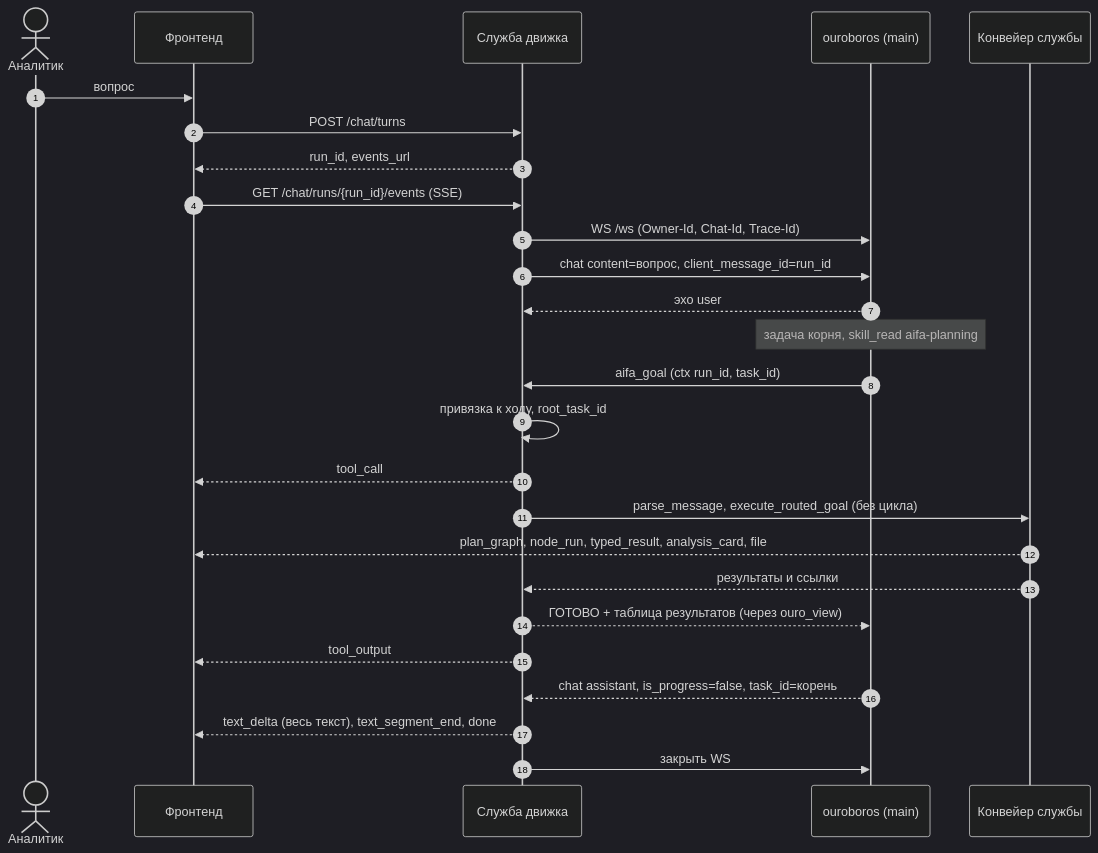
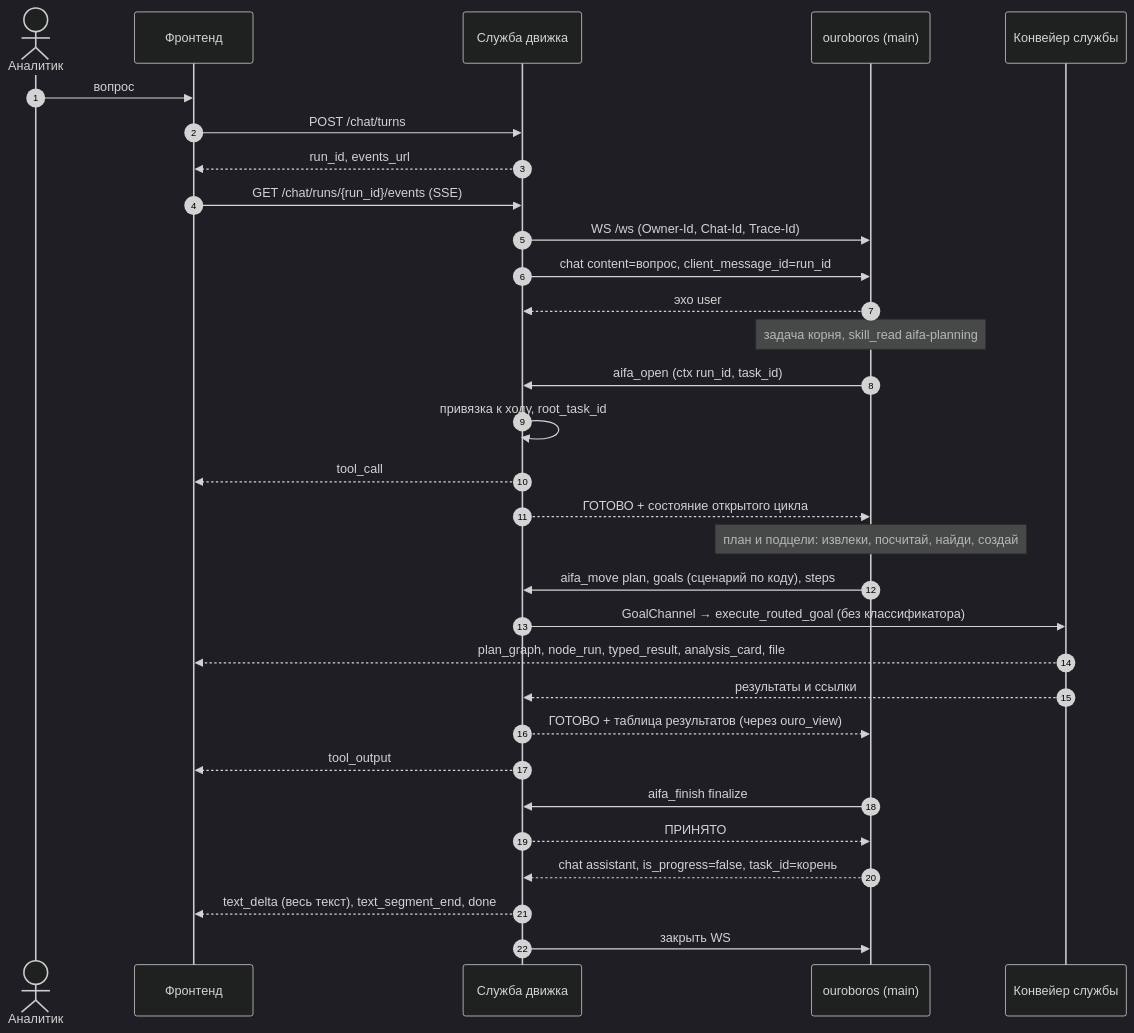
The fifth of 6 diagrams in aifa-symbiosis/architecture/ARCHITECTURE.md (Rasiksss/ouroboros_external), drawn with Mermaid (dark theme) before and after one commit. The commit also changed other lines of this file and 90 other files, not shown here.

Commit message:
Агент ведёт план AIFA и получает результат атома при сдаче

````diff
--- a/aifa-symbiosis/architecture/ARCHITECTURE.md
+++ b/aifa-symbiosis/architecture/ARCHITECTURE.md
@@ -261,28 +261,33 @@
 ```mermaid
 sequenceDiagram
   autonumber
   actor U as Аналитик
   participant F as Фронтенд
   participant E as Служба движка
   participant O as ouroboros (main)
   participant P as Конвейер службы
   U->>F: вопрос
   F->>E: POST /chat/turns
   E-->>F: run_id, events_url
   F->>E: GET /chat/runs/{run_id}/events (SSE)
   E->>O: WS /ws (Owner-Id, Chat-Id, Trace-Id)
   E->>O: chat content=вопрос, client_message_id=run_id
   O-->>E: эхо user
   Note over O: задача корня, skill_read aifa-planning
-  O->>E: aifa_goal (ctx run_id, task_id)
+  O->>E: aifa_open (ctx run_id, task_id)
   E->>E: привязка к ходу, root_task_id
   E-->>F: tool_call
-  E->>P: parse_message, execute_routed_goal (без цикла)
+  E-->>O: ГОТОВО + состояние открытого цикла
+  Note over O: план и подцели: извлеки, посчитай, найди, создай
+  O->>E: aifa_move plan, goals (сценарий по коду), steps
+  E->>P: GoalChannel → execute_routed_goal (без классификатора)
   P-->>F: plan_graph, node_run, typed_result, analysis_card, file
   P-->>E: результаты и ссылки
   E-->>O: ГОТОВО + таблица результатов (через ouro_view)
   E-->>F: tool_output
+  O->>E: aifa_finish finalize
+  E-->>O: ПРИНЯТО
   O-->>E: chat assistant, is_progress=false, task_id=корень
   E-->>F: text_delta (весь текст), text_segment_end, done
   E->>O: закрыть WS
 ```
````
